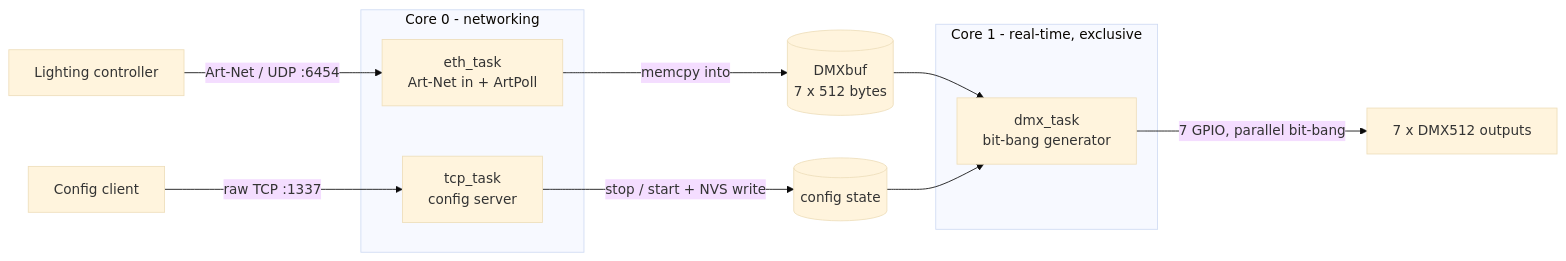
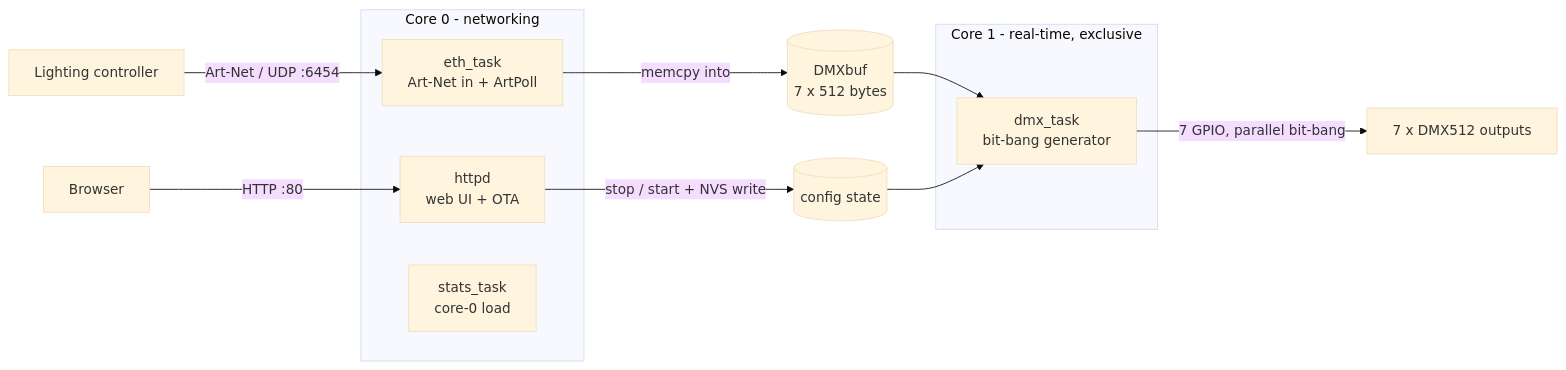
One commit to jannikmalter/ESP32_ArtNetNode changed the diagram in README.md. Above: the diagram before and after it, drawn with Mermaid (base theme). The commit also changed other lines of this file and 17 other files, not shown here.

Commit message:
web config, OTA updates, rm CLI

````diff
--- a/README.md
+++ b/README.md
@@ -41,20 +41,21 @@
 ```mermaid
 flowchart LR
     C[Lighting controller] -- "Art-Net / UDP :6454" --> E
-    A[Config client] -- "raw TCP :1337" --> T
+    A[Browser] -- "HTTP :80" --> H
 
     subgraph core0 [Core 0 - networking]
         E[eth_task<br/>Art-Net in + ArtPoll]
-        T[tcp_task<br/>config server]
+        H[httpd<br/>web UI + OTA]
+        ST[stats_task<br/>core-0 load]
     end
 
     subgraph core1 [Core 1 - real-time, exclusive]
         D[dmx_task<br/>bit-bang generator]
     end
 
     E -- "memcpy into" --> B[(DMXbuf<br/>7 x 512 bytes)]
     B --> D
-    T -- "stop / start + NVS write" --> S[(config state)]
+    H -- "stop / start + NVS write" --> S[(config state)]
     S --> D
     D -- "7 GPIO, parallel bit-bang" --> O[7 x DMX512 outputs]
 ```
````
